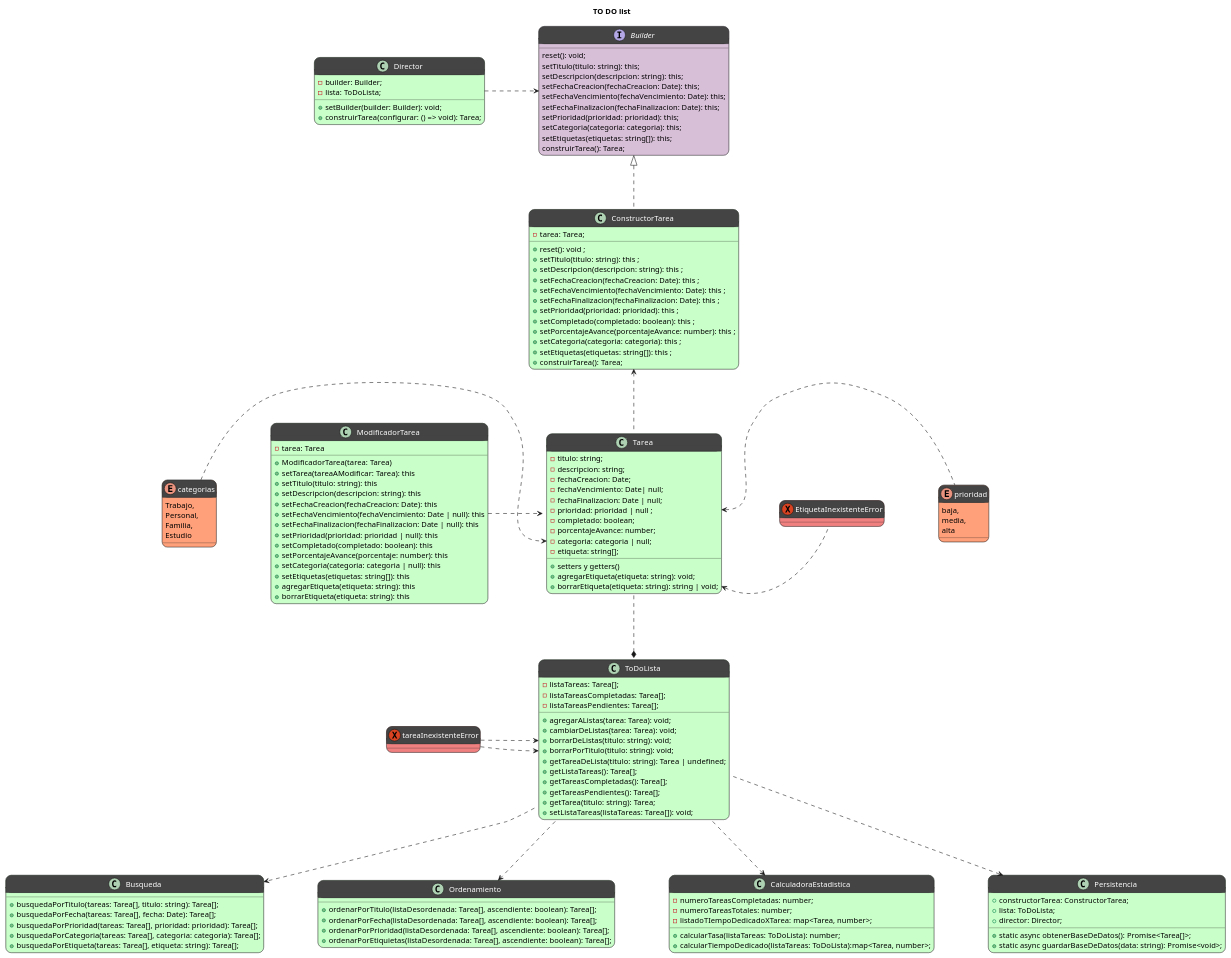
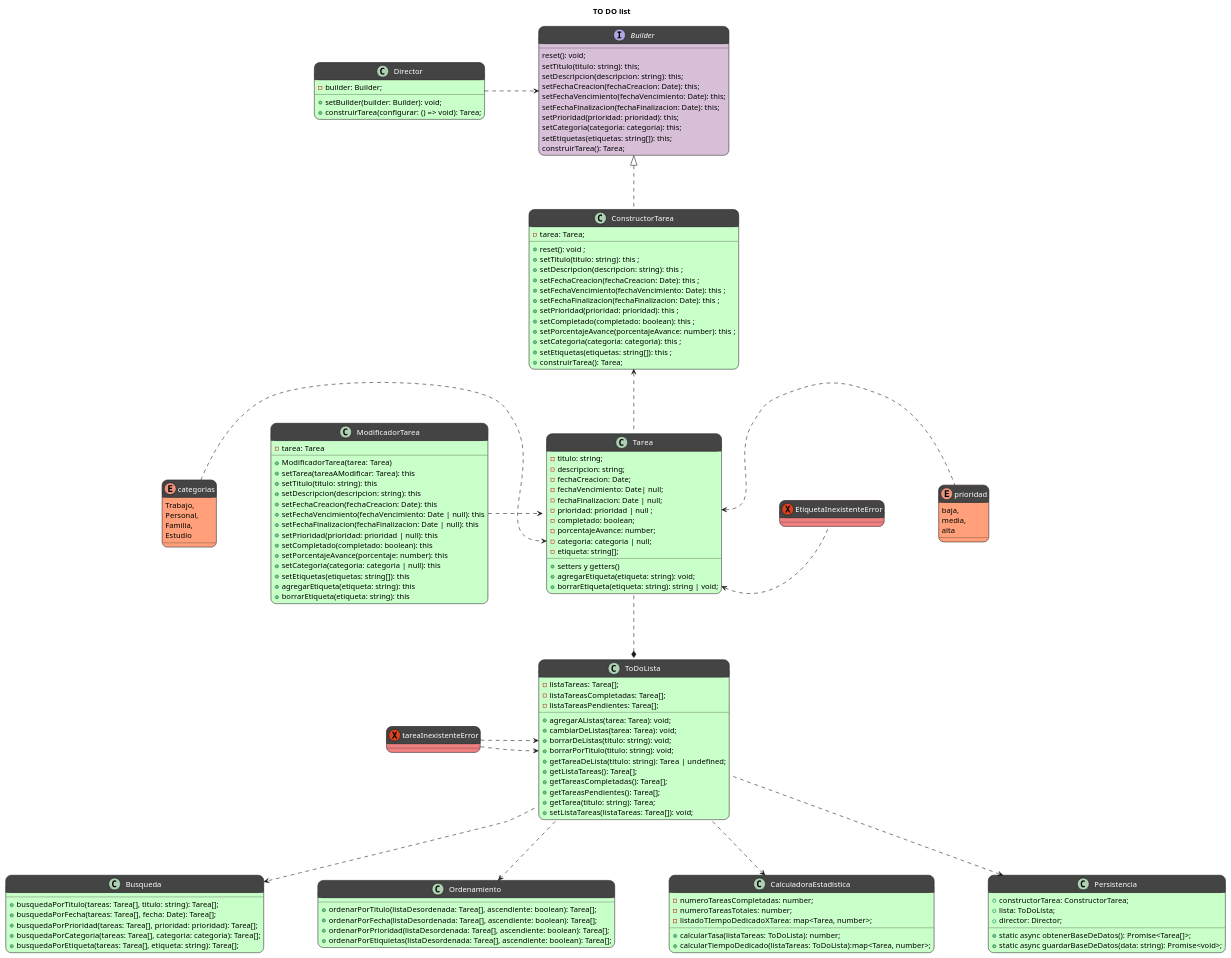
Before and after one commit to FrancoLuduena-dev/To-DO-list: the diagram in diagramas/diagrama_clases.puml, drawn with PlantUML. The commit also changed 15 other files, not shown here.

```diff
--- a/diagramas/diagrama_clases.puml
+++ b/diagramas/diagrama_clases.puml
@@ -1,165 +1,164 @@
 @startuml diagrama clases
 title TO DO list
 
 interface Builder #Thistle;header:444 {
     reset(): void;
     setTitulo(titulo: string): this;
     setDescripcion(descripcion: string): this;
     setFechaCreacion(fechaCreacion: Date): this;
     setFechaVencimiento(fechaVencimiento: Date): this;
     setFechaFinalizacion(fechaFinalizacion: Date): this;
     setPrioridad(prioridad: prioridad): this;
     setCategoria(categoria: categoria): this;
     setEtiquetas(etiquetas: string[]): this;
     construirTarea(): Tarea;
 }
 
 class Tarea #TECHNOLOGY;header:444{
     - titulo: string;
     - descripcion: string;
     - fechaCreacion: Date;
     - fechaVencimiento: Date| null;
     - fechaFinalizacion: Date | null;
     - prioridad: prioridad | null ;
     - completado: boolean;
     - porcentajeAvance: number;
     - categoria: categoria | null;
     - etiqueta: string[];
     + setters y getters()
     + agregarEtiqueta(etiqueta: string): void;
     + borrarEtiqueta(etiqueta: string): string | void;
 }
 
 class ConstructorTarea #TECHNOLOGY;header:444 implements Builder {
     - tarea: Tarea;
     +reset(): void ;
     +setTitulo(titulo: string): this ;
     +setDescripcion(descripcion: string): this ;
     +setFechaCreacion(fechaCreacion: Date): this ;
     +setFechaVencimiento(fechaVencimiento: Date): this ;
     +setFechaFinalizacion(fechaFinalizacion: Date): this ;
     +setPrioridad(prioridad: prioridad): this ;
     +setCompletado(completado: boolean): this ;
     +setPorcentajeAvance(porcentajeAvance: number): this ;
     +setCategoria(categoria: categoria): this ;
     +setEtiquetas(etiquetas: string[]): this ;
     +construirTarea(): Tarea;
 }
 
 class Director #TECHNOLOGY;header:444 {
     - builder: Builder;
-    - lista: ToDoLista;
     + setBuilder(builder: Builder): void;
     + construirTarea(configurar: () => void): Tarea;
 }
 
 class ModificadorTarea #TECHNOLOGY;header:444{
     - tarea: Tarea
     + ModificadorTarea(tarea: Tarea)
     + setTarea(tareaAModificar: Tarea): this
     + setTitulo(titulo: string): this
     + setDescripcion(descripcion: string): this
     + setFechaCreacion(fechaCreacion: Date): this
     + setFechaVencimiento(fechaVencimiento: Date | null): this
     + setFechaFinalizacion(fechaFinalizacion: Date | null): this
     + setPrioridad(prioridad: prioridad | null): this
     + setCompletado(completado: boolean): this
     + setPorcentajeAvance(porcentaje: number): this
     + setCategoria(categoria: categoria | null): this
     + setEtiquetas(etiquetas: string[]): this
     + agregarEtiqueta(etiqueta: string): this
     + borrarEtiqueta(etiqueta: string): this
 }
 
 enum prioridad #LightSalmon;header:444{
     baja,
     media,
     alta
 }
 
 enum categorias #LightSalmon;header:444{
     Trabajo,
     Personal,
     Familia,
     Estudio
 }
 class ToDoLista #TECHNOLOGY;header:444 {
     - listaTareas: Tarea[];
     - listaTareasCompletadas: Tarea[];
     - listaTareasPendientes: Tarea[];
     + agregarAListas(tarea: Tarea): void;
     + cambiarDeListas(tarea: Tarea): void;
     + borrarDeListas(titulo: string): void;
     + borrarPorTitulo(titulo: string): void;
     + getTareaDeLista(titulo: string): Tarea | undefined;
     + getListaTareas(): Tarea[];
     + getTareasCompletadas(): Tarea[];
     + getTareasPendientes(): Tarea[];
     + getTarea(titulo: string): Tarea;
     + setListaTareas(listaTareas: Tarea[]): void;
 }
 
 class Busqueda #TECHNOLOGY;header:444 {
     + busquedaPorTitulo(tareas: Tarea[], titulo: string): Tarea[];
     + busquedaPorFecha(tareas: Tarea[], fecha: Date): Tarea[];
     + busquedaPorPrioridad(tareas: Tarea[], prioridad: prioridad): Tarea[];
     + busquedaPorCategoria(tareas: Tarea[], categoria: categoria): Tarea[];
     + busquedaPorEtiqueta(tareas: Tarea[], etiqueta: string): Tarea[];
 }
 class Ordenamiento #TECHNOLOGY;header:444 {
     + ordenarPorTitulo(listaDesordenada: Tarea[], ascendiente: boolean): Tarea[];
     + ordenarPorFecha(listaDesordenada: Tarea[], ascendiente: boolean): Tarea[];
     + ordenarPorPrioridad(listaDesordenada: Tarea[], ascendiente: boolean): Tarea[];
     + ordenarPorEtiquietas(listaDesordenada: Tarea[], ascendiente: boolean): Tarea[];
 }
 class CalculadoraEstadistica #TECHNOLOGY;header:444 {
     - numeroTareasCompletadas: number;
     - numeroTareasTotales: number;
     - listadoTIempoDedicadoXTarea: map<Tarea, number>;
     + calcularTasa(listaTareas: ToDoLista): number;
     + calcularTiempoDedicado(listaTareas: ToDoLista):map<Tarea, number>;
 }
 
 class Persistencia #TECHNOLOGY;header:444 {
     + constructorTarea: ConstructorTarea;
     + lista: ToDoLista;
     + director: Director;
     + static async obtenerBaseDeDatos(): Promise<Tarea[]>;
     + static async guardarBaseDeDatos(data: string): Promise<void>;
 }
 exception tareaInexistenteError #LightCoral;header:444{}
 
 exception EtiquetaInexistenteError #LightCoral;header:444{}
 'relaciones
     skinparam ranksep 100
 'cambia el largo de las flechas
     skinparam nodesep 100
 'cambia la distancia entre los cuadrados
     categorias .r.> Tarea::categoria
     Tarea .u.> ConstructorTarea
     Tarea ..* ToDoLista
     prioridad .l.> Tarea::prioridad
     Tarea::borrarEtiqueta <.r. EtiquetaInexistenteError
     ToDoLista::borrarDeLista <.l. tareaInexistenteError
     ToDoLista::borrarPorTitulo <.l. tareaInexistenteError
     ToDoLista .d.> CalculadoraEstadistica
     ToDoLista .d.> Busqueda
     ToDoLista .d.> Ordenamiento
     ToDoLista .d.> Persistencia
     Director .r.> Builder
     ModificadorTarea .r.> Tarea
 'notas
 'diseño
         'colores de clases
             /'
             clase: #TECHNOLOGY;header:444
             clase: abstracta #LightCyan;header:444
             interfaz: #Thistle;header:444
             enums: #LightSalmon;header:444
             excepciones: #LightCoral;header:444
             '/
             skinparam roundcorner 20
         'cambia las esquinas de las clases para hacerlas mas redondeadas
             skinparam classFontColor automatic
         'cambia el color de fuente de todas las clases asi se ve en blanco sobre el fondo oscuro
     @enduml
```
